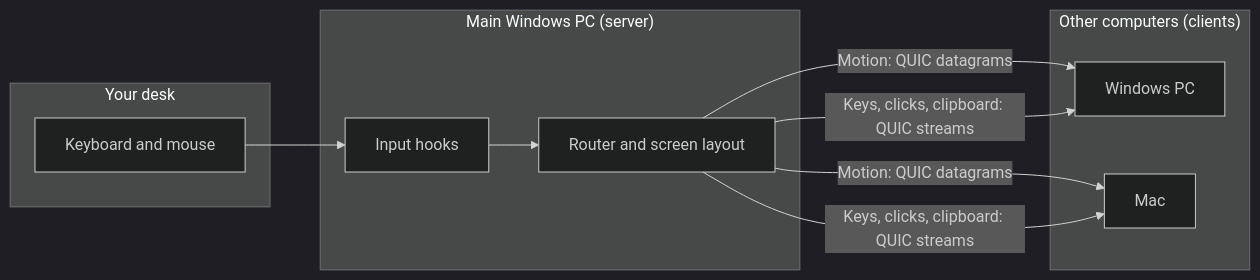
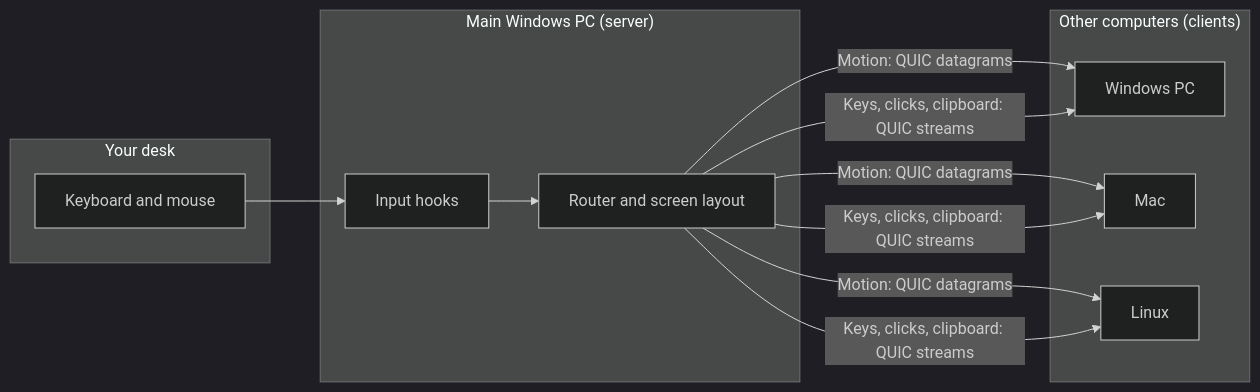
One commit to actus7/mousex changed the diagram in README.md. Above: the diagram before and after it, drawn with Mermaid (dark theme). The commit also changed other lines of this file and 28 other files, not shown here.

````diff
--- a/README.md
+++ b/README.md
@@ -126,23 +142,26 @@
 ```mermaid
 flowchart LR
     subgraph Desk["Your desk"]
         K[Keyboard and mouse]
     end
 
     subgraph Server["Main Windows PC (server)"]
         H[Input hooks]
         R[Router and screen layout]
         H --> R
     end
 
     subgraph Clients["Other computers (clients)"]
         W[Windows PC]
         M[Mac]
+        L[Linux]
     end
 
     K --> H
     R -- "Motion: QUIC datagrams" --> W
     R -- "Keys, clicks, clipboard: QUIC streams" --> W
     R -- "Motion: QUIC datagrams" --> M
     R -- "Keys, clicks, clipboard: QUIC streams" --> M
+    R -- "Motion: QUIC datagrams" --> L
+    R -- "Keys, clicks, clipboard: QUIC streams" --> L
 ```
````
